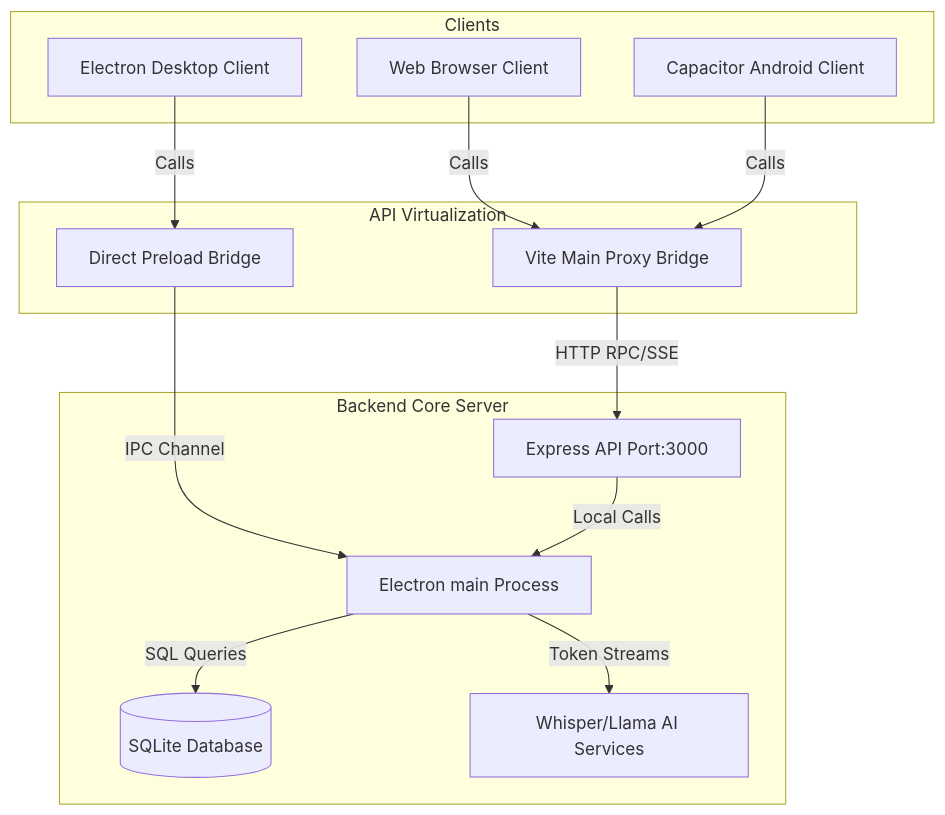
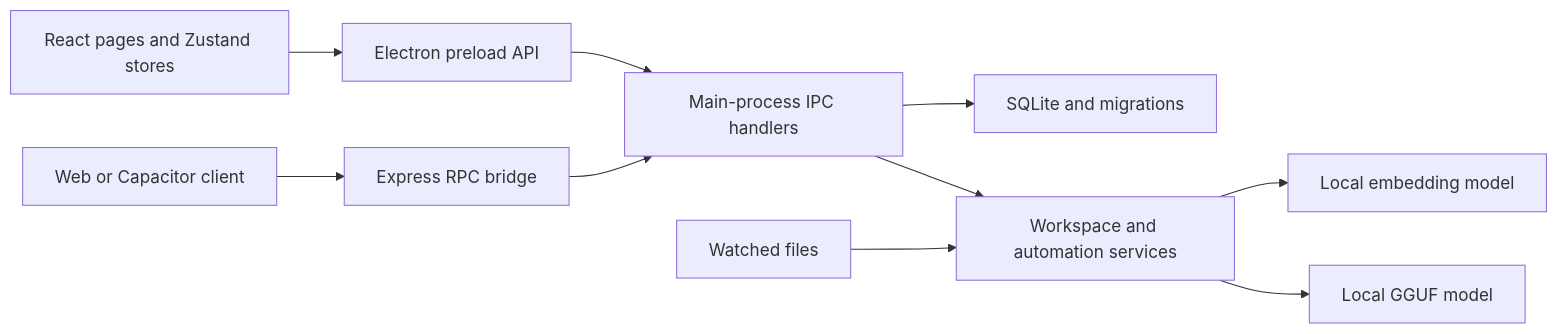
The diagram in README.md (ik123a/CogniTwin), drawn with Mermaid before and after one commit. The commit also changed other lines of this file and 2 other files, not shown here.

````diff
--- a/README.md
+++ b/README.md
@@ -132,30 +7,12 @@
 ```mermaid
-graph TD
-    subgraph "Clients"
-        A[Electron Desktop Client]
-        B[Web Browser Client]
-        C[Capacitor Android Client]
-    end
-
-    subgraph "API Virtualization"
-        D[Direct Preload Bridge]
-        E[Vite Main Proxy Bridge]
-    end
-
-    subgraph "Backend Core Server"
-        F[Express API Port:3000]
-        G[Electron main Process]
-        H[(SQLite Database)]
-        I[Whisper/Llama AI Services]
-    end
-
-    A -->|Calls| D
-    B -->|Calls| E
-    C -->|Calls| E
-
-    D -->|IPC Channel| G
-    E -->|HTTP RPC/SSE| F
-    F -->|Local Calls| G
-    G -->|SQL Queries| H
-    G -->|Token Streams| I
+flowchart LR
+  R[React pages and Zustand stores] --> P[Electron preload API]
+  P --> I[Main-process IPC handlers]
+  I --> D[SQLite and migrations]
+  I --> S[Workspace and automation services]
+  S --> E[Local embedding model]
+  S --> L[Local GGUF model]
+  W[Watched files] --> S
+  H[Express RPC bridge] --> I
+  M[Web or Capacitor client] --> H
 ```
````
